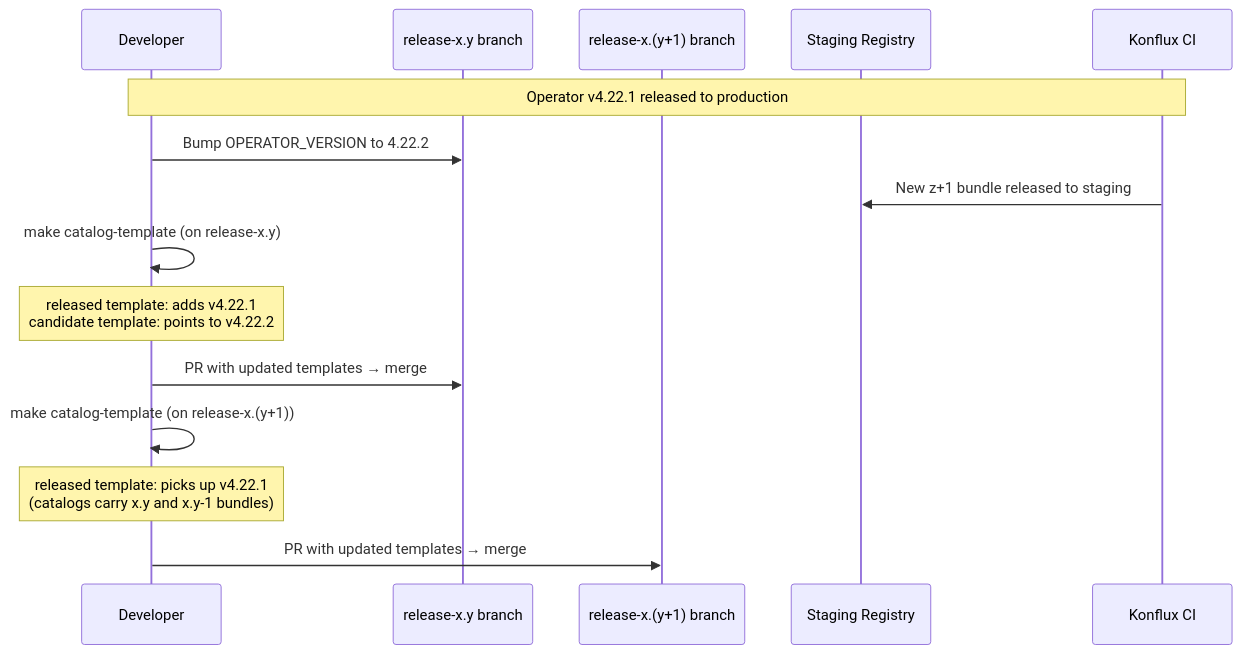
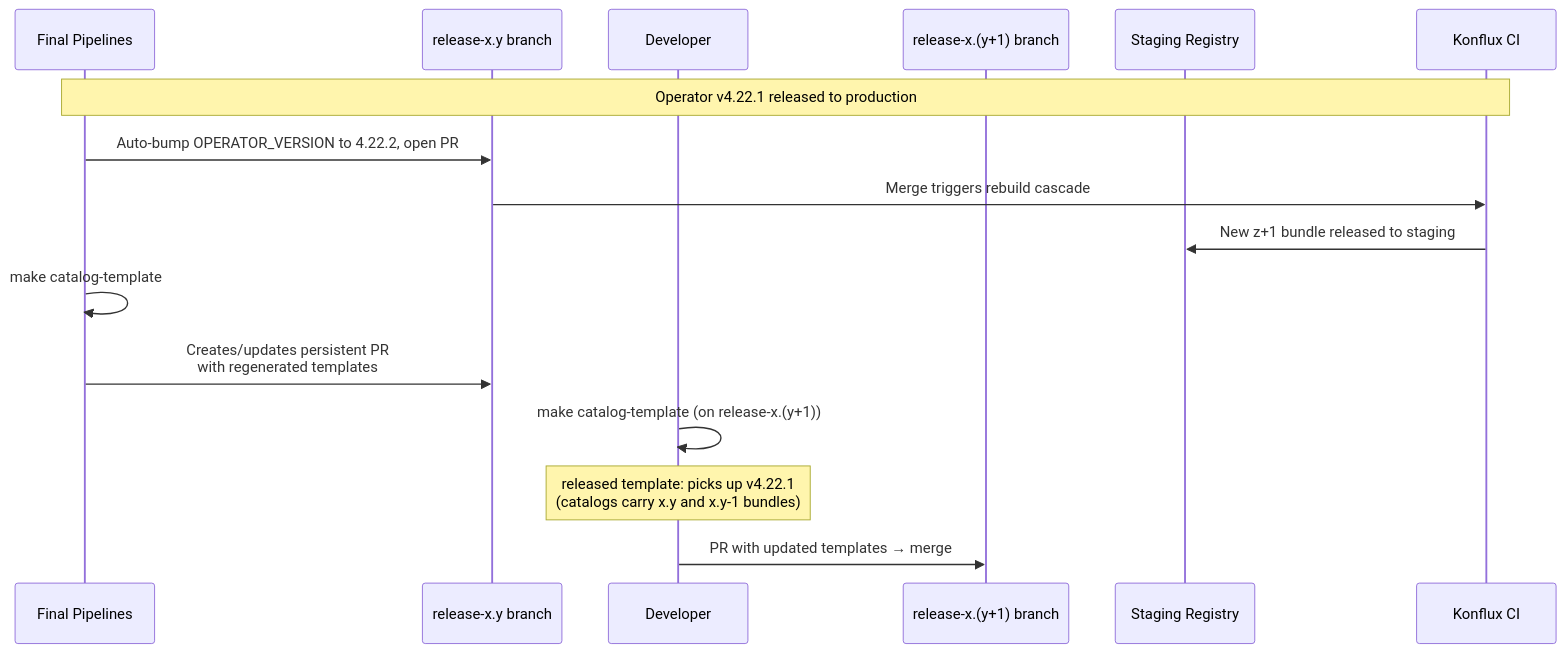
One commit to openshift/lvm-operator changed the fourth of 4 diagrams in docs/konflux/file-based-catalog.md. Above: the diagram before and after it, drawn with Mermaid. The commit also changed other lines of this file and 4 other files, not shown here.

````diff
--- a/docs/konflux/file-based-catalog.md
+++ b/docs/konflux/file-based-catalog.md
@@ -96,20 +95,20 @@
 ```mermaid
 sequenceDiagram
+    participant Pipeline as Final Pipelines
+    participant CurBranch as release-x.y branch
     participant Dev as Developer
-    participant CurBranch as release-x.y branch
     participant NextBranch as release-x.(y+1) branch
     participant Staging as Staging Registry
     participant Konflux as Konflux CI
 
-    Note over Dev,Konflux: Operator v4.22.1 released to production
-    Dev->>CurBranch: Bump OPERATOR_VERSION to 4.22.2
+    Note over Pipeline,Konflux: Operator v4.22.1 released to production
+    Pipeline->>CurBranch: Auto-bump OPERATOR_VERSION to 4.22.2, open PR
+    CurBranch->>Konflux: Merge triggers rebuild cascade
     Konflux->>Staging: New z+1 bundle released to staging
-
-    Dev->>Dev: make catalog-template (on release-x.y)
-    Note over Dev: released template: adds v4.22.1<br/>candidate template: points to v4.22.2
-    Dev->>CurBranch: PR with updated templates → merge
+    Pipeline->>Pipeline: make catalog-template
+    Pipeline->>CurBranch: Creates/updates persistent PR<br/>with regenerated templates
 
     Dev->>Dev: make catalog-template (on release-x.(y+1))
     Note over Dev: released template: picks up v4.22.1<br/>(catalogs carry x.y and x.y-1 bundles)
     Dev->>NextBranch: PR with updated templates → merge
 ```
````
